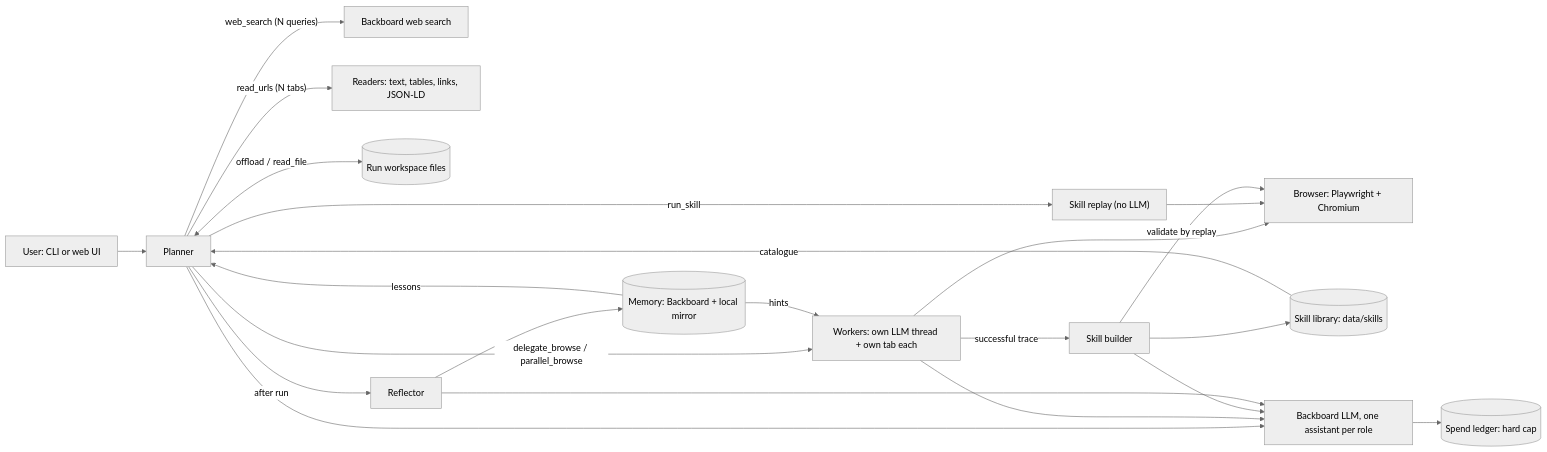
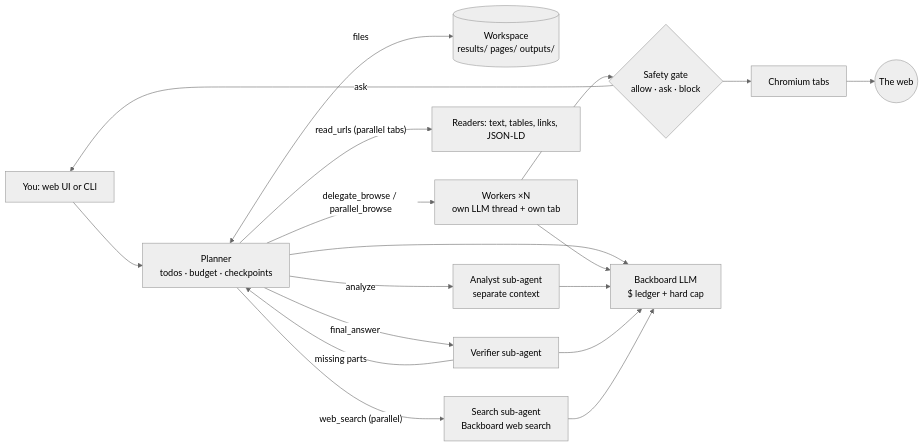
The diagram in README.md (Auro-rium/web-forge), drawn with Mermaid (neutral theme) before and after one commit. The commit also changed other lines of this file and 66 other files, not shown here.

First line of the commit message:
WebForge v3: autonomous computer-use agent; remove self-improvement

````diff
--- a/README.md
+++ b/README.md
@@ -15,21 +20,16 @@
 ```mermaid
 flowchart LR
-    U["User: CLI or web UI"] --> P["Planner"]
-    P -->|"web_search (N queries)"| WS["Backboard web search"]
-    P -->|"read_urls (N tabs)"| RU["Readers: text, tables, links, JSON-LD"]
-    P -->|"delegate_browse / parallel_browse"| W["Workers: own LLM thread + own tab each"]
-    P <-->|offload / read_file| FS[("Run workspace files")]
-    P -->|run_skill| R["Skill replay (no LLM)"]
-    W --> B["Browser: Playwright + Chromium"]
-    R --> B
-    W -->|successful trace| SB["Skill builder"]
-    SB -->|validate by replay| B
-    SB --> L[("Skill library: data/skills")]
-    L -->|catalogue| P
-    P -->|after run| RF["Reflector"]
-    RF --> M[("Memory: Backboard + local mirror")]
-    M -->|lessons| P
-    M -->|hints| W
-    P & W & SB & RF --> LLM["Backboard LLM, one assistant per role"]
-    LLM --> G[("Spend ledger: hard cap")]
+    U["You: web UI or CLI"] --> P["Planner<br/>todos · budget · checkpoints"]
+    P <-->|files| WS[("Workspace<br/>results/ pages/ outputs/")]
+    P -->|"web_search (parallel)"| SE["Search sub-agent<br/>Backboard web search"]
+    P -->|"read_urls (parallel tabs)"| RD["Readers: text, tables, links, JSON-LD"]
+    P -->|"delegate_browse / parallel_browse"| W["Workers ×N<br/>own LLM thread + own tab"]
+    P -->|analyze| AN["Analyst sub-agent<br/>separate context"]
+    P -->|final_answer| VF["Verifier sub-agent"]
+    VF -->|"missing parts"| P
+    W --> G{"Safety gate<br/>allow · ask · block"}
+    G -->|ask| U
+    G --> B["Chromium tabs"]
+    B --> WEB(("The web"))
+    P & W & AN & VF & SE --> LLM["Backboard LLM<br/>$ ledger + hard cap"]
 ```
````
